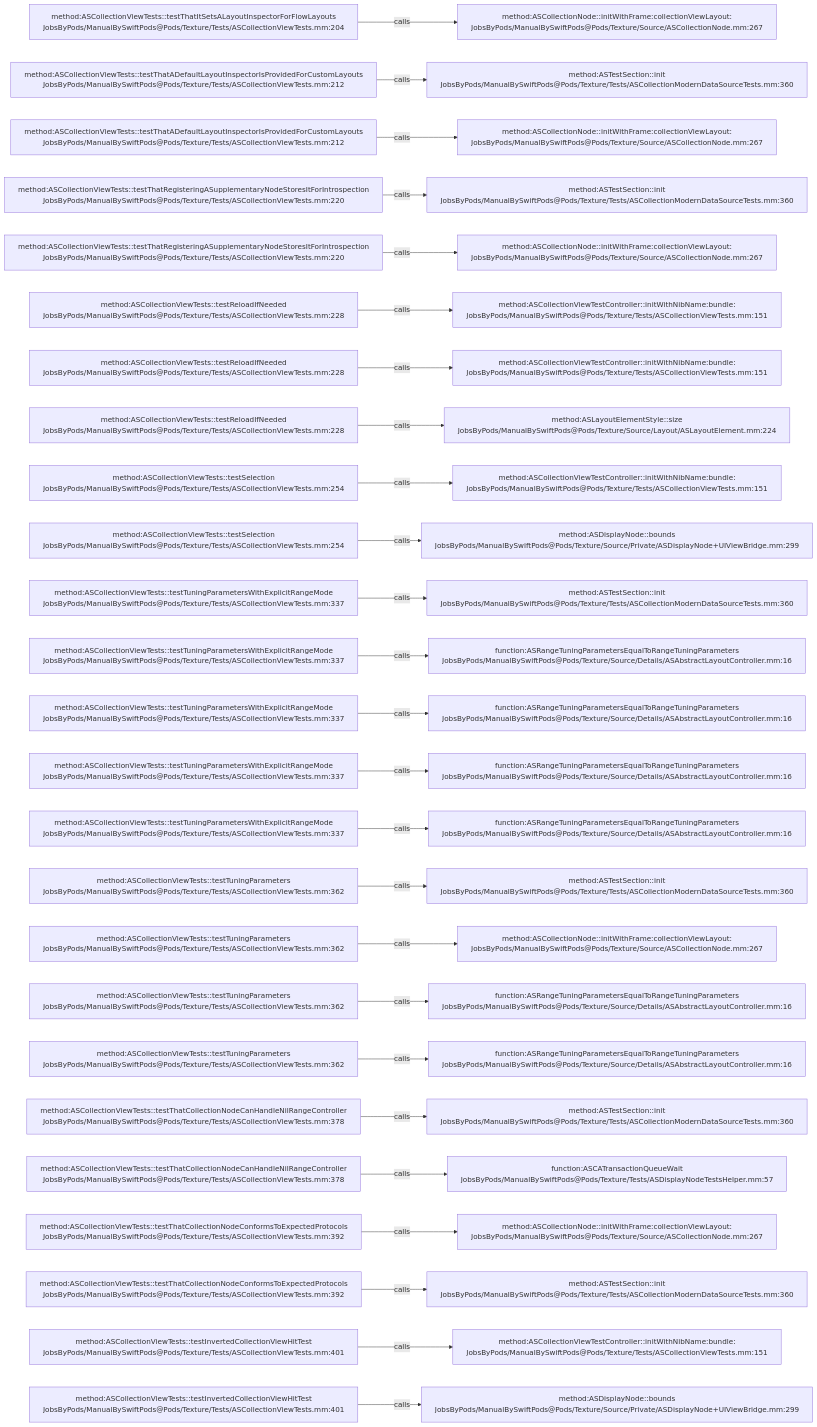
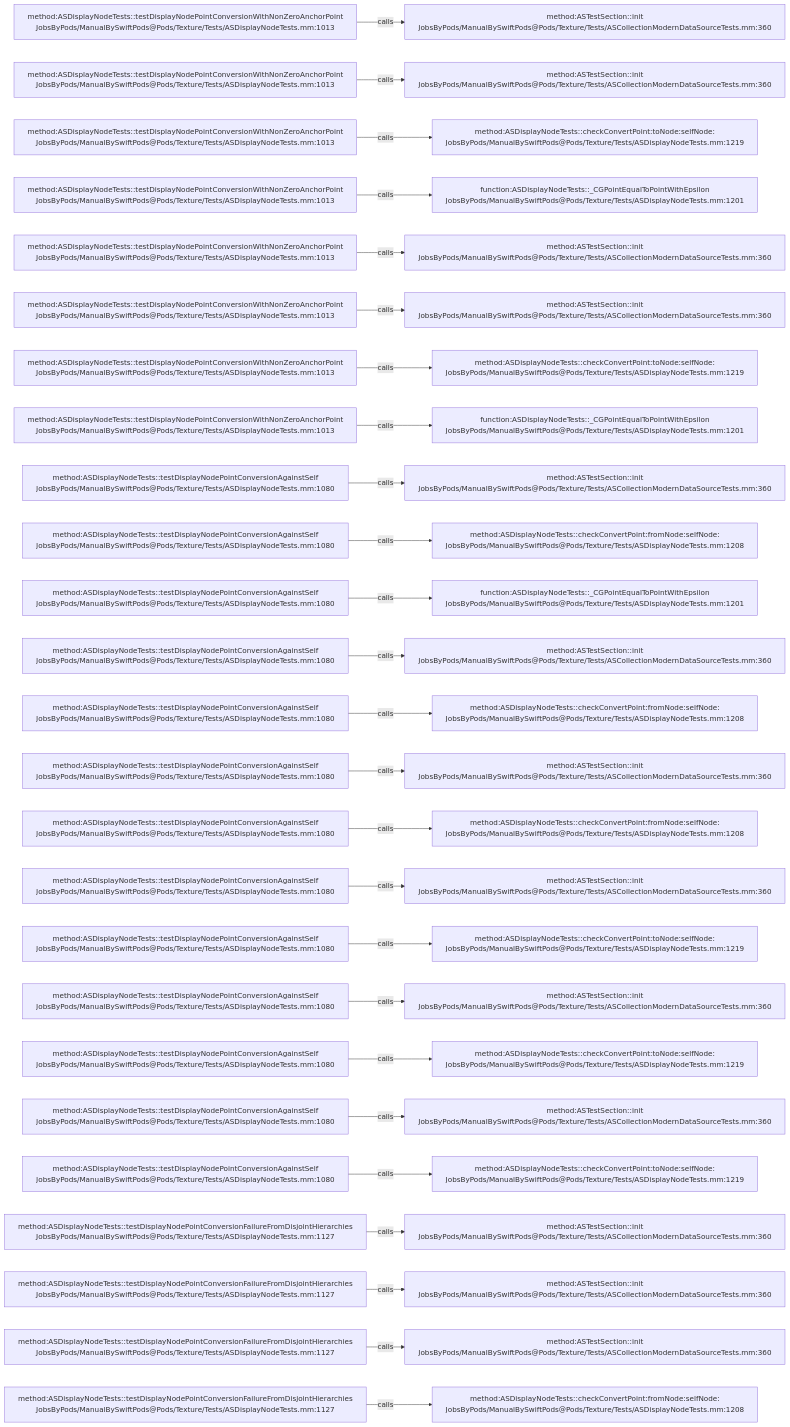
One commit to JobsKits/JobsSwiftBaseConfigDemo changed the diagram in .codegraph/codegraph.md/graphs/calls-190.md. Above: the diagram before and after it, drawn with Mermaid. The commit also changed 832 other files, not shown here.

````diff
--- a/.codegraph/codegraph.md/graphs/calls-190.md
+++ b/.codegraph/codegraph.md/graphs/calls-190.md
@@ -13,78 +13,78 @@
 ```mermaid
 flowchart LR
-  S1["method:ASCollectionViewTests::testThatItSetsALayoutInspectorForFlowLayouts<br/>JobsByPods/ManualBySwiftPods@Pods/Texture/Tests/ASCollectionViewTests.mm:204"]
-  T1["method:ASCollectionNode::initWithFrame:collectionViewLayout:<br/>JobsByPods/ManualBySwiftPods@Pods/Texture/Source/ASCollectionNode.mm:267"]
+  S1["method:ASDisplayNodeTests::testDisplayNodePointConversionWithNonZeroAnchorPoint<br/>JobsByPods/ManualBySwiftPods@Pods/Texture/Tests/ASDisplayNodeTests.mm:1013"]
+  T1["method:ASTestSection::init<br/>JobsByPods/ManualBySwiftPods@Pods/Texture/Tests/ASCollectionModernDataSourceTests.mm:360"]
   S1 -->|calls| T1
-  S2["method:ASCollectionViewTests::testThatADefaultLayoutInspectorIsProvidedForCustomLayouts<br/>JobsByPods/ManualBySwiftPods@Pods/Texture/Tests/ASCollectionViewTests.mm:212"]
+  S2["method:ASDisplayNodeTests::testDisplayNodePointConversionWithNonZeroAnchorPoint<br/>JobsByPods/ManualBySwiftPods@Pods/Texture/Tests/ASDisplayNodeTests.mm:1013"]
   T2["method:ASTestSection::init<br/>JobsByPods/ManualBySwiftPods@Pods/Texture/Tests/ASCollectionModernDataSourceTests.mm:360"]
   S2 -->|calls| T2
-  S3["method:ASCollectionViewTests::testThatADefaultLayoutInspectorIsProvidedForCustomLayouts<br/>JobsByPods/ManualBySwiftPods@Pods/Texture/Tests/ASCollectionViewTests.mm:212"]
-  T3["method:ASCollectionNode::initWithFrame:collectionViewLayout:<br/>JobsByPods/ManualBySwiftPods@Pods/Texture/Source/ASCollectionNode.mm:267"]
+  S3["method:ASDisplayNodeTests::testDisplayNodePointConversionWithNonZeroAnchorPoint<br/>JobsByPods/ManualBySwiftPods@Pods/Texture/Tests/ASDisplayNodeTests.mm:1013"]
+  T3["method:ASDisplayNodeTests::checkConvertPoint:toNode:selfNode:<br/>JobsByPods/ManualBySwiftPods@Pods/Texture/Tests/ASDisplayNodeTests.mm:1219"]
   S3 -->|calls| T3
-  S4["method:ASCollectionViewTests::testThatRegisteringASupplementaryNodeStoresItForIntrospection<br/>JobsByPods/ManualBySwiftPods@Pods/Texture/Tests/ASCollectionViewTests.mm:220"]
-  T4["method:ASTestSection::init<br/>JobsByPods/ManualBySwiftPods@Pods/Texture/Tests/ASCollectionModernDataSourceTests.mm:360"]
+  S4["method:ASDisplayNodeTests::testDisplayNodePointConversionWithNonZeroAnchorPoint<br/>JobsByPods/ManualBySwiftPods@Pods/Texture/Tests/ASDisplayNodeTests.mm:1013"]
+  T4["function:ASDisplayNodeTests::_CGPointEqualToPointWithEpsilon<br/>JobsByPods/ManualBySwiftPods@Pods/Texture/Tests/ASDisplayNodeTests.mm:1201"]
   S4 -->|calls| T4
-  S5["method:ASCollectionViewTests::testThatRegisteringASupplementaryNodeStoresItForIntrospection<br/>JobsByPods/ManualBySwiftPods@Pods/Texture/Tests/ASCollectionViewTests.mm:220"]
-  T5["method:ASCollectionNode::initWithFrame:collectionViewLayout:<br/>JobsByPods/ManualBySwiftPods@Pods/Texture/Source/ASCollectionNode.mm:267"]
+  S5["method:ASDisplayNodeTests::testDisplayNodePointConversionWithNonZeroAnchorPoint<br/>JobsByPods/ManualBySwiftPods@Pods/Texture/Tests/ASDisplayNodeTests.mm:1013"]
+  T5["method:ASTestSection::init<br/>JobsByPods/ManualBySwiftPods@Pods/Texture/Tests/ASCollectionModernDataSourceTests.mm:360"]
   S5 -->|calls| T5
-  S6["method:ASCollectionViewTests::testReloadIfNeeded<br/>JobsByPods/ManualBySwiftPods@Pods/Texture/Tests/ASCollectionViewTests.mm:228"]
-  T6["method:ASCollectionViewTestController::initWithNibName:bundle:<br/>JobsByPods/ManualBySwiftPods@Pods/Texture/Tests/ASCollectionViewTests.mm:151"]
+  S6["method:ASDisplayNodeTests::testDisplayNodePointConversionWithNonZeroAnchorPoint<br/>JobsByPods/ManualBySwiftPods@Pods/Texture/Tests/ASDisplayNodeTests.mm:1013"]
+  T6["method:ASTestSection::init<br/>JobsByPods/ManualBySwiftPods@Pods/Texture/Tests/ASCollectionModernDataSourceTests.mm:360"]
   S6 -->|calls| T6
-  S7["method:ASCollectionViewTests::testReloadIfNeeded<br/>JobsByPods/ManualBySwiftPods@Pods/Texture/Tests/ASCollectionViewTests.mm:228"]
-  T7["method:ASCollectionViewTestController::initWithNibName:bundle:<br/>JobsByPods/ManualBySwiftPods@Pods/Texture/Tests/ASCollectionViewTests.mm:151"]
+  S7["method:ASDisplayNodeTests::testDisplayNodePointConversionWithNonZeroAnchorPoint<br/>JobsByPods/ManualBySwiftPods@Pods/Texture/Tests/ASDisplayNodeTests.mm:1013"]
+  T7["method:ASDisplayNodeTests::checkConvertPoint:toNode:selfNode:<br/>JobsByPods/ManualBySwiftPods@Pods/Texture/Tests/ASDisplayNodeTests.mm:1219"]
   S7 -->|calls| T7
-  S8["method:ASCollectionViewTests::testReloadIfNeeded<br/>JobsByPods/ManualBySwiftPods@Pods/Texture/Tests/ASCollectionViewTests.mm:228"]
-  T8["method:ASLayoutElementStyle::size<br/>JobsByPods/ManualBySwiftPods@Pods/Texture/Source/Layout/ASLayoutElement.mm:224"]
+  S8["method:ASDisplayNodeTests::testDisplayNodePointConversionWithNonZeroAnchorPoint<br/>JobsByPods/ManualBySwiftPods@Pods/Texture/Tests/ASDisplayNodeTests.mm:1013"]
+  T8["function:ASDisplayNodeTests::_CGPointEqualToPointWithEpsilon<br/>JobsByPods/ManualBySwiftPods@Pods/Texture/Tests/ASDisplayNodeTests.mm:1201"]
   S8 -->|calls| T8
-  S9["method:ASCollectionViewTests::testSelection<br/>JobsByPods/ManualBySwiftPods@Pods/Texture/Tests/ASCollectionViewTests.mm:254"]
-  T9["method:ASCollectionViewTestController::initWithNibName:bundle:<br/>JobsByPods/ManualBySwiftPods@Pods/Texture/Tests/ASCollectionViewTests.mm:151"]
+  S9["method:ASDisplayNodeTests::testDisplayNodePointConversionAgainstSelf<br/>JobsByPods/ManualBySwiftPods@Pods/Texture/Tests/ASDisplayNodeTests.mm:1080"]
+  T9["method:ASTestSection::init<br/>JobsByPods/ManualBySwiftPods@Pods/Texture/Tests/ASCollectionModernDataSourceTests.mm:360"]
   S9 -->|calls| T9
-  S10["method:ASCollectionViewTests::testSelection<br/>JobsByPods/ManualBySwiftPods@Pods/Texture/Tests/ASCollectionViewTests.mm:254"]
-  T10["method:ASDisplayNode::bounds<br/>JobsByPods/ManualBySwiftPods@Pods/Texture/Source/Private/ASDisplayNode+UIViewBridge.mm:299"]
+  S10["method:ASDisplayNodeTests::testDisplayNodePointConversionAgainstSelf<br/>JobsByPods/ManualBySwiftPods@Pods/Texture/Tests/ASDisplayNodeTests.mm:1080"]
+  T10["method:ASDisplayNodeTests::checkConvertPoint:fromNode:selfNode:<br/>JobsByPods/ManualBySwiftPods@Pods/Texture/Tests/ASDisplayNodeTests.mm:1208"]
   S10 -->|calls| T10
-  S11["method:ASCollectionViewTests::testTuningParametersWithExplicitRangeMode<br/>JobsByPods/ManualBySwiftPods@Pods/Texture/Tests/ASCollectionViewTests.mm:337"]
-  T11["method:ASTestSection::init<br/>JobsByPods/ManualBySwiftPods@Pods/Texture/Tests/ASCollectionModernDataSourceTests.mm:360"]
+  S11["method:ASDisplayNodeTests::testDisplayNodePointConversionAgainstSelf<br/>JobsByPods/ManualBySwiftPods@Pods/Texture/Tests/ASDisplayNodeTests.mm:1080"]
+  T11["function:ASDisplayNodeTests::_CGPointEqualToPointWithEpsilon<br/>JobsByPods/ManualBySwiftPods@Pods/Texture/Tests/ASDisplayNodeTests.mm:1201"]
   S11 -->|calls| T11
-  S12["method:ASCollectionViewTests::testTuningParametersWithExplicitRangeMode<br/>JobsByPods/ManualBySwiftPods@Pods/Texture/Tests/ASCollectionViewTests.mm:337"]
-  T12["function:ASRangeTuningParametersEqualToRangeTuningParameters<br/>JobsByPods/ManualBySwiftPods@Pods/Texture/Source/Details/ASAbstractLayoutController.mm:16"]
+  S12["method:ASDisplayNodeTests::testDisplayNodePointConversionAgainstSelf<br/>JobsByPods/ManualBySwiftPods@Pods/Texture/Tests/ASDisplayNodeTests.mm:1080"]
+  T12["method:ASTestSection::init<br/>JobsByPods/ManualBySwiftPods@Pods/Texture/Tests/ASCollectionModernDataSourceTests.mm:360"]
   S12 -->|calls| T12
-  S13["method:ASCollectionViewTests::testTuningParametersWithExplicitRangeMode<br/>JobsByPods/ManualBySwiftPods@Pods/Texture/Tests/ASCollectionViewTests.mm:337"]
-  T13["function:ASRangeTuningParametersEqualToRangeTuningParameters<br/>JobsByPods/ManualBySwiftPods@Pods/Texture/Source/Details/ASAbstractLayoutController.mm:16"]
+  S13["method:ASDisplayNodeTests::testDisplayNodePointConversionAgainstSelf<br/>JobsByPods/ManualBySwiftPods@Pods/Texture/Tests/ASDisplayNodeTests.mm:1080"]
+  T13["method:ASDisplayNodeTests::checkConvertPoint:fromNode:selfNode:<br/>JobsByPods/ManualBySwiftPods@Pods/Texture/Tests/ASDisplayNodeTests.mm:1208"]
   S13 -->|calls| T13
-  S14["method:ASCollectionViewTests::testTuningParametersWithExplicitRangeMode<br/>JobsByPods/ManualBySwiftPods@Pods/Texture/Tests/ASCollectionViewTests.mm:337"]
-  T14["function:ASRangeTuningParametersEqualToRangeTuningParameters<br/>JobsByPods/ManualBySwiftPods@Pods/Texture/Source/Details/ASAbstractLayoutController.mm:16"]
+  S14["method:ASDisplayNodeTests::testDisplayNodePointConversionAgainstSelf<br/>JobsByPods/ManualBySwiftPods@Pods/Texture/Tests/ASDisplayNodeTests.mm:1080"]
+  T14["method:ASTestSection::init<br/>JobsByPods/ManualBySwiftPods@Pods/Texture/Tests/ASCollectionModernDataSourceTests.mm:360"]
   S14 -->|calls| T14
-  S15["method:ASCollectionViewTests::testTuningParametersWithExplicitRangeMode<br/>JobsByPods/ManualBySwiftPods@Pods/Texture/Tests/ASCollectionViewTests.mm:337"]
-  T15["function:ASRangeTuningParametersEqualToRangeTuningParameters<br/>JobsByPods/ManualBySwiftPods@Pods/Texture/Source/Details/ASAbstractLayoutController.mm:16"]
+  S15["method:ASDisplayNodeTests::testDisplayNodePointConversionAgainstSelf<br/>JobsByPods/ManualBySwiftPods@Pods/Texture/Tests/ASDisplayNodeTests.mm:1080"]
+  T15["method:ASDisplayNodeTests::checkConvertPoint:fromNode:selfNode:<br/>JobsByPods/ManualBySwiftPods@Pods/Texture/Tests/ASDisplayNodeTests.mm:1208"]
   S15 -->|calls| T15
-  S16["method:ASCollectionViewTests::testTuningParameters<br/>JobsByPods/ManualBySwiftPods@Pods/Texture/Tests/ASCollectionViewTests.mm:362"]
+  S16["method:ASDisplayNodeTests::testDisplayNodePointConversionAgainstSelf<br/>JobsByPods/ManualBySwiftPods@Pods/Texture/Tests/ASDisplayNodeTests.mm:1080"]
   T16["method:ASTestSection::init<br/>JobsByPods/ManualBySwiftPods@Pods/Texture/Tests/ASCollectionModernDataSourceTests.mm:360"]
   S16 -->|calls| T16
-  S17["method:ASCollectionViewTests::testTuningParameters<br/>JobsByPods/ManualBySwiftPods@Pods/Texture/Tests/ASCollectionViewTests.mm:362"]
-  T17["method:ASCollectionNode::initWithFrame:collectionViewLayout:<br/>JobsByPods/ManualBySwiftPods@Pods/Texture/Source/ASCollectionNode.mm:267"]
+  S17["method:ASDisplayNodeTests::testDisplayNodePointConversionAgainstSelf<br/>JobsByPods/ManualBySwiftPods@Pods/Texture/Tests/ASDisplayNodeTests.mm:1080"]
+  T17["method:ASDisplayNodeTests::checkConvertPoint:toNode:selfNode:<br/>JobsByPods/ManualBySwiftPods@Pods/Texture/Tests/ASDisplayNodeTests.mm:1219"]
   S17 -->|calls| T17
-  S18["method:ASCollectionViewTests::testTuningParameters<br/>JobsByPods/ManualBySwiftPods@Pods/Texture/Tests/ASCollectionViewTests.mm:362"]
-  T18["function:ASRangeTuningParametersEqualToRangeTuningParameters<br/>JobsByPods/ManualBySwiftPods@Pods/Texture/Source/Details/ASAbstractLayoutController.mm:16"]
+  S18["method:ASDisplayNodeTests::testDisplayNodePointConversionAgainstSelf<br/>JobsByPods/ManualBySwiftPods@Pods/Texture/Tests/ASDisplayNodeTests.mm:1080"]
+  T18["method:ASTestSection::init<br/>JobsByPods/ManualBySwiftPods@Pods/Texture/Tests/ASCollectionModernDataSourceTests.mm:360"]
   S18 -->|calls| T18
-  S19["method:ASCollectionViewTests::testTuningParameters<br/>JobsByPods/ManualBySwiftPods@Pods/Texture/Tests/ASCollectionViewTests.mm:362"]
-  T19["function:ASRangeTuningParametersEqualToRangeTuningParameters<br/>JobsByPods/ManualBySwiftPods@Pods/Texture/Source/Details/ASAbstractLayoutController.mm:16"]
+  S19["method:ASDisplayNodeTests::testDisplayNodePointConversionAgainstSelf<br/>JobsByPods/ManualBySwiftPods@Pods/Texture/Tests/ASDisplayNodeTests.mm:1080"]
+  T19["method:ASDisplayNodeTests::checkConvertPoint:toNode:selfNode:<br/>JobsByPods/ManualBySwiftPods@Pods/Texture/Tests/ASDisplayNodeTests.mm:1219"]
   S19 -->|calls| T19
-  S20["method:ASCollectionViewTests::testThatCollectionNodeCanHandleNilRangeController<br/>JobsByPods/ManualBySwiftPods@Pods/Texture/Tests/ASCollectionViewTests.mm:378"]
+  S20["method:ASDisplayNodeTests::testDisplayNodePointConversionAgainstSelf<br/>JobsByPods/ManualBySwiftPods@Pods/Texture/Tests/ASDisplayNodeTests.mm:1080"]
   T20["method:ASTestSection::init<br/>JobsByPods/ManualBySwiftPods@Pods/Texture/Tests/ASCollectionModernDataSourceTests.mm:360"]
   S20 -->|calls| T20
-  S21["method:ASCollectionViewTests::testThatCollectionNodeCanHandleNilRangeController<br/>JobsByPods/ManualBySwiftPods@Pods/Texture/Tests/ASCollectionViewTests.mm:378"]
-  T21["function:ASCATransactionQueueWait<br/>JobsByPods/ManualBySwiftPods@Pods/Texture/Tests/ASDisplayNodeTestsHelper.mm:57"]
+  S21["method:ASDisplayNodeTests::testDisplayNodePointConversionAgainstSelf<br/>JobsByPods/ManualBySwiftPods@Pods/Texture/Tests/ASDisplayNodeTests.mm:1080"]
+  T21["method:ASDisplayNodeTests::checkConvertPoint:toNode:selfNode:<br/>JobsByPods/ManualBySwiftPods@Pods/Texture/Tests/ASDisplayNodeTests.mm:1219"]
   S21 -->|calls| T21
-  S22["method:ASCollectionViewTests::testThatCollectionNodeConformsToExpectedProtocols<br/>JobsByPods/ManualBySwiftPods@Pods/Texture/Tests/ASCollectionViewTests.mm:392"]
-  T22["method:ASCollectionNode::initWithFrame:collectionViewLayout:<br/>JobsByPods/ManualBySwiftPods@Pods/Texture/Source/ASCollectionNode.mm:267"]
+  S22["method:ASDisplayNodeTests::testDisplayNodePointConversionFailureFromDisjointHierarchies<br/>JobsByPods/ManualBySwiftPods@Pods/Texture/Tests/ASDisplayNodeTests.mm:1127"]
+  T22["method:ASTestSection::init<br/>JobsByPods/ManualBySwiftPods@Pods/Texture/Tests/ASCollectionModernDataSourceTests.mm:360"]
   S22 -->|calls| T22
-  S23["method:ASCollectionViewTests::testThatCollectionNodeConformsToExpectedProtocols<br/>JobsByPods/ManualBySwiftPods@Pods/Texture/Tests/ASCollectionViewTests.mm:392"]
+  S23["method:ASDisplayNodeTests::testDisplayNodePointConversionFailureFromDisjointHierarchies<br/>JobsByPods/ManualBySwiftPods@Pods/Texture/Tests/ASDisplayNodeTests.mm:1127"]
   T23["method:ASTestSection::init<br/>JobsByPods/ManualBySwiftPods@Pods/Texture/Tests/ASCollectionModernDataSourceTests.mm:360"]
   S23 -->|calls| T23
-  S24["method:ASCollectionViewTests::testInvertedCollectionViewHitTest<br/>JobsByPods/ManualBySwiftPods@Pods/Texture/Tests/ASCollectionViewTests.mm:401"]
-  T24["method:ASCollectionViewTestController::initWithNibName:bundle:<br/>JobsByPods/ManualBySwiftPods@Pods/Texture/Tests/ASCollectionViewTests.mm:151"]
+  S24["method:ASDisplayNodeTests::testDisplayNodePointConversionFailureFromDisjointHierarchies<br/>JobsByPods/ManualBySwiftPods@Pods/Texture/Tests/ASDisplayNodeTests.mm:1127"]
+  T24["method:ASTestSection::init<br/>JobsByPods/ManualBySwiftPods@Pods/Texture/Tests/ASCollectionModernDataSourceTests.mm:360"]
   S24 -->|calls| T24
-  S25["method:ASCollectionViewTests::testInvertedCollectionViewHitTest<br/>JobsByPods/ManualBySwiftPods@Pods/Texture/Tests/ASCollectionViewTests.mm:401"]
-  T25["method:ASDisplayNode::bounds<br/>JobsByPods/ManualBySwiftPods@Pods/Texture/Source/Private/ASDisplayNode+UIViewBridge.mm:299"]
+  S25["method:ASDisplayNodeTests::testDisplayNodePointConversionFailureFromDisjointHierarchies<br/>JobsByPods/ManualBySwiftPods@Pods/Texture/Tests/ASDisplayNodeTests.mm:1127"]
+  T25["method:ASDisplayNodeTests::checkConvertPoint:fromNode:selfNode:<br/>JobsByPods/ManualBySwiftPods@Pods/Texture/Tests/ASDisplayNodeTests.mm:1208"]
   S25 -->|calls| T25
 ```
````
